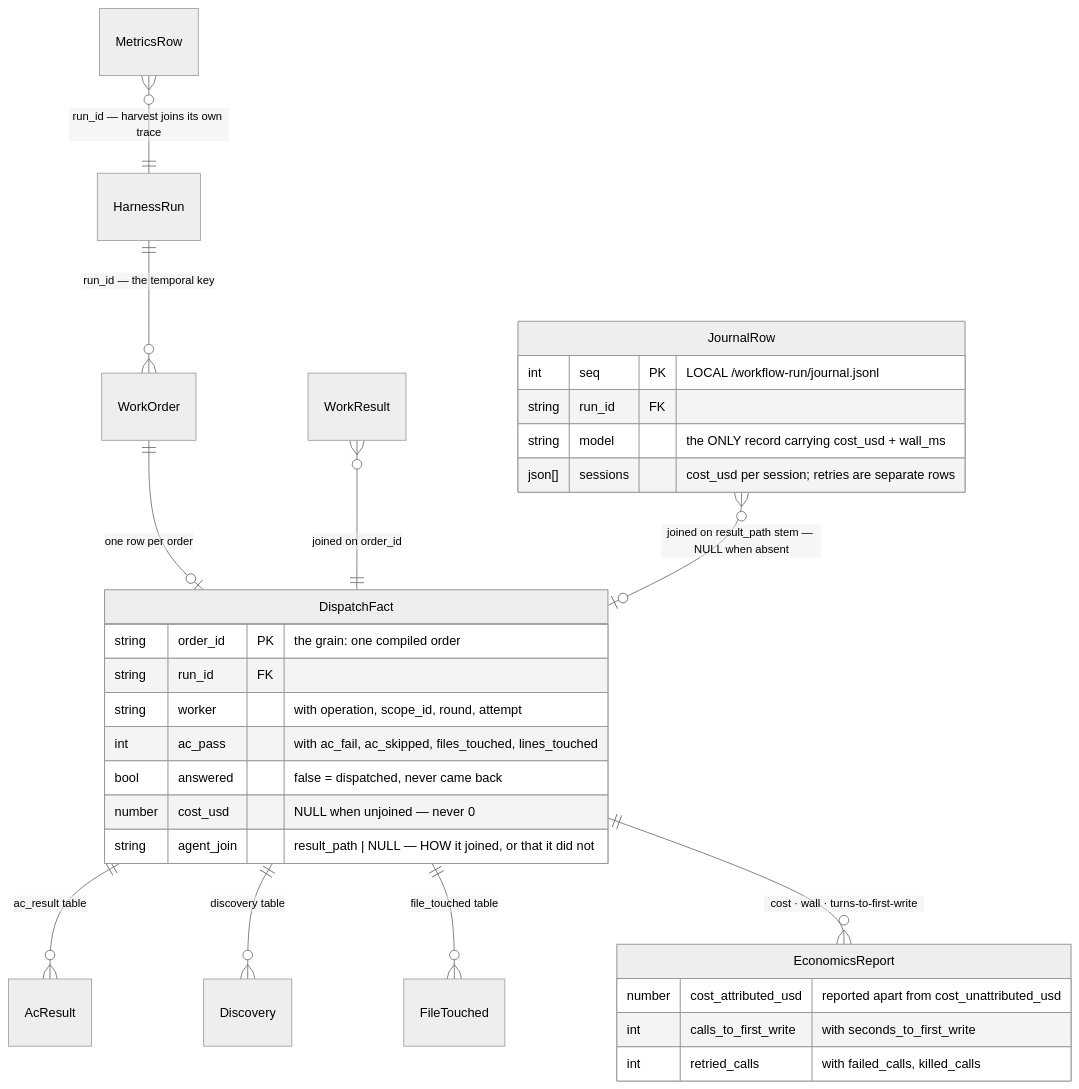
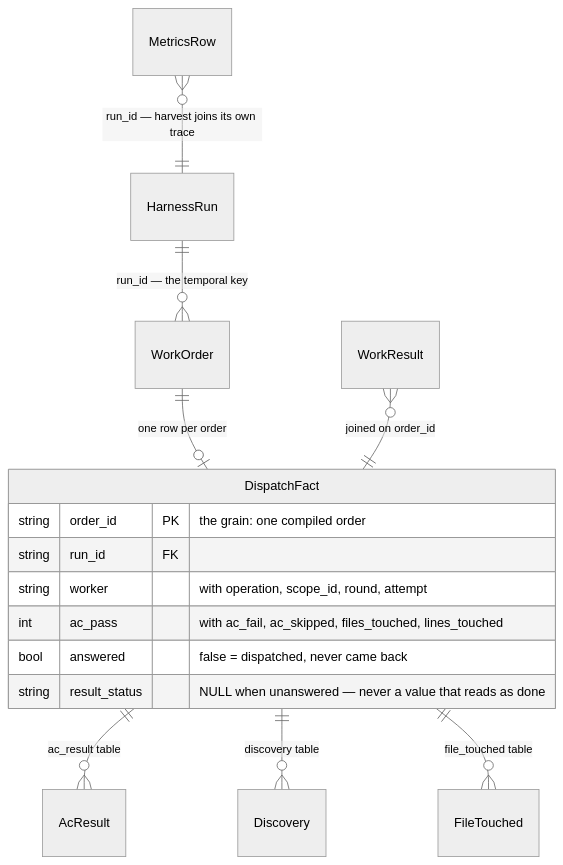
Before and after one commit to nguyenvanphituoc/shapeup-sdlc-plugin: the fifth of 5 diagrams in docs/design/07-domain-erd.md, drawn with Mermaid (neutral theme). The commit also changed other lines of this file and 9 other files, not shown here.

First line of the commit message:
fix(report): delete the dead journal-based economics reporting

````diff
--- a/docs/design/07-domain-erd.md
+++ b/docs/design/07-domain-erd.md
@@ -273,33 +273,19 @@
 ```mermaid
 erDiagram
     HarnessRun ||--o{ WorkOrder : "run_id — the temporal key"
     WorkOrder ||--o| DispatchFact : "one row per order"
     WorkResult }o--|| DispatchFact : "joined on order_id"
-    JournalRow }o--o| DispatchFact : "joined on result_path stem — NULL when absent"
     DispatchFact ||--o{ AcResult : "ac_result table"
     DispatchFact ||--o{ Discovery : "discovery table"
     DispatchFact ||--o{ FileTouched : "file_touched table"
-    DispatchFact ||--o{ EconomicsReport : "cost · wall · turns-to-first-write"
     MetricsRow }o--|| HarnessRun : "run_id — harvest joins its own trace"
 
-    JournalRow {
-        int seq PK "LOCAL <slug>/workflow-run/journal.jsonl"
-        string run_id FK
-        string model "the ONLY record carrying cost_usd + wall_ms"
-        json[] sessions "cost_usd per session; retries are separate rows"
-    }
     DispatchFact {
         string order_id PK "the grain: one compiled order"
         string run_id FK
         string worker "with operation, scope_id, round, attempt"
         int ac_pass "with ac_fail, ac_skipped, files_touched, lines_touched"
         bool answered "false = dispatched, never came back"
-        number cost_usd "NULL when unjoined — never 0"
-        string agent_join "result_path | NULL — HOW it joined, or that it did not"
-    }
-    EconomicsReport {
-        number cost_attributed_usd "reported apart from cost_unattributed_usd"
-        int calls_to_first_write "with seconds_to_first_write"
-        int retried_calls "with failed_calls, killed_calls"
+        string result_status "NULL when unanswered — never a value that reads as done"
     }
 ```
````
